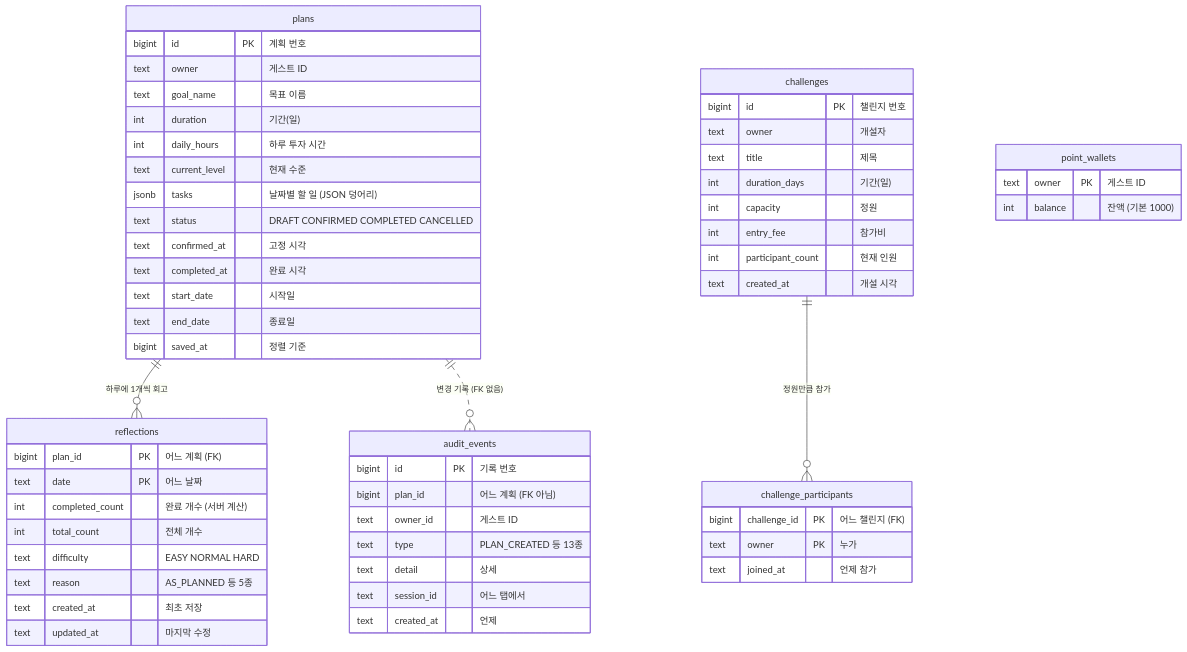
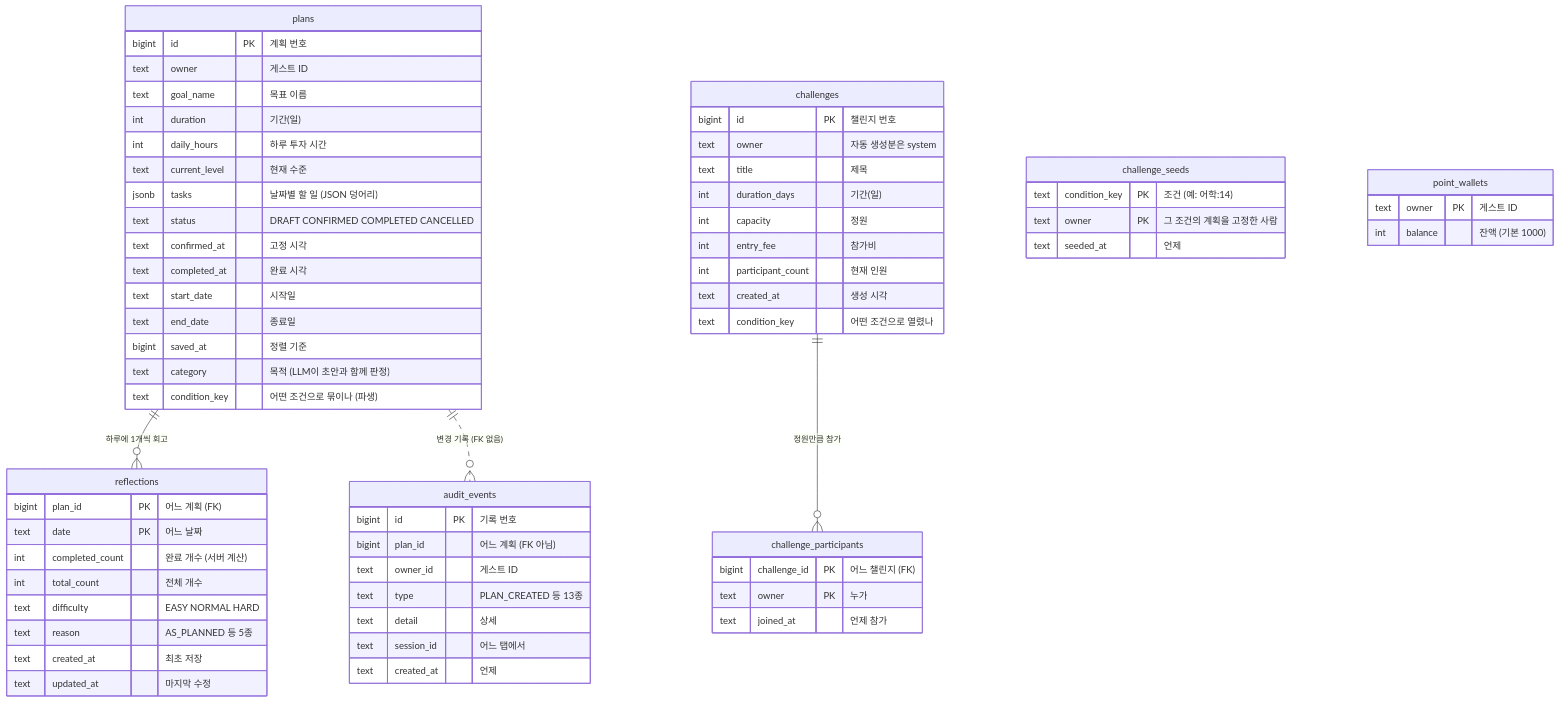
Before and after one commit to hello-pebble/DelayNoMore_Release: the eighth of 10 diagrams in docs/DATA_FLOW.md, drawn with Mermaid. The commit also changed other lines of this file and 66 other files, not shown here.

````diff
--- a/docs/DATA_FLOW.md
+++ b/docs/DATA_FLOW.md
@@ -333,65 +333,74 @@
 ```mermaid
 erDiagram
     plans ||--o{ reflections : "하루에 1개씩 회고"
     plans ||..o{ audit_events : "변경 기록 (FK 없음)"
     challenges ||--o{ challenge_participants : "정원만큼 참가"
 
     plans {
         bigint id PK "계획 번호"
         text owner "게스트 ID"
         text goal_name "목표 이름"
         int duration "기간(일)"
         int daily_hours "하루 투자 시간"
         text current_level "현재 수준"
         jsonb tasks "날짜별 할 일 (JSON 덩어리)"
         text status "DRAFT CONFIRMED COMPLETED CANCELLED"
         text confirmed_at "고정 시각"
         text completed_at "완료 시각"
         text start_date "시작일"
         text end_date "종료일"
         bigint saved_at "정렬 기준"
+        text category "목적 (LLM이 초안과 함께 판정)"
+        text condition_key "어떤 조건으로 묶이나 (파생)"
     }
 
     reflections {
         bigint plan_id PK "어느 계획 (FK)"
         text date PK "어느 날짜"
         int completed_count "완료 개수 (서버 계산)"
         int total_count "전체 개수"
         text difficulty "EASY NORMAL HARD"
         text reason "AS_PLANNED 등 5종"
         text created_at "최초 저장"
         text updated_at "마지막 수정"
     }
 
     audit_events {
         bigint id PK "기록 번호"
         bigint plan_id "어느 계획 (FK 아님)"
         text owner_id "게스트 ID"
         text type "PLAN_CREATED 등 13종"
         text detail "상세"
         text session_id "어느 탭에서"
         text created_at "언제"
     }
 
     challenges {
         bigint id PK "챌린지 번호"
-        text owner "개설자"
+        text owner "자동 생성분은 system"
         text title "제목"
         int duration_days "기간(일)"
         int capacity "정원"
         int entry_fee "참가비"
         int participant_count "현재 인원"
-        text created_at "개설 시각"
+        text created_at "생성 시각"
+        text condition_key "어떤 조건으로 열렸나"
+    }
+
+    challenge_seeds {
+        text condition_key PK "조건 (예: 어학:14)"
+        text owner PK "그 조건의 계획을 고정한 사람"
+        text seeded_at "언제"
     }
 
     challenge_participants {
         bigint challenge_id PK "어느 챌린지 (FK)"
         text owner PK "누가"
         text joined_at "언제 참가"
     }
 
     point_wallets {
         text owner PK "게스트 ID"
         int balance "잔액 (기본 1000)"
     }
 ```
````
